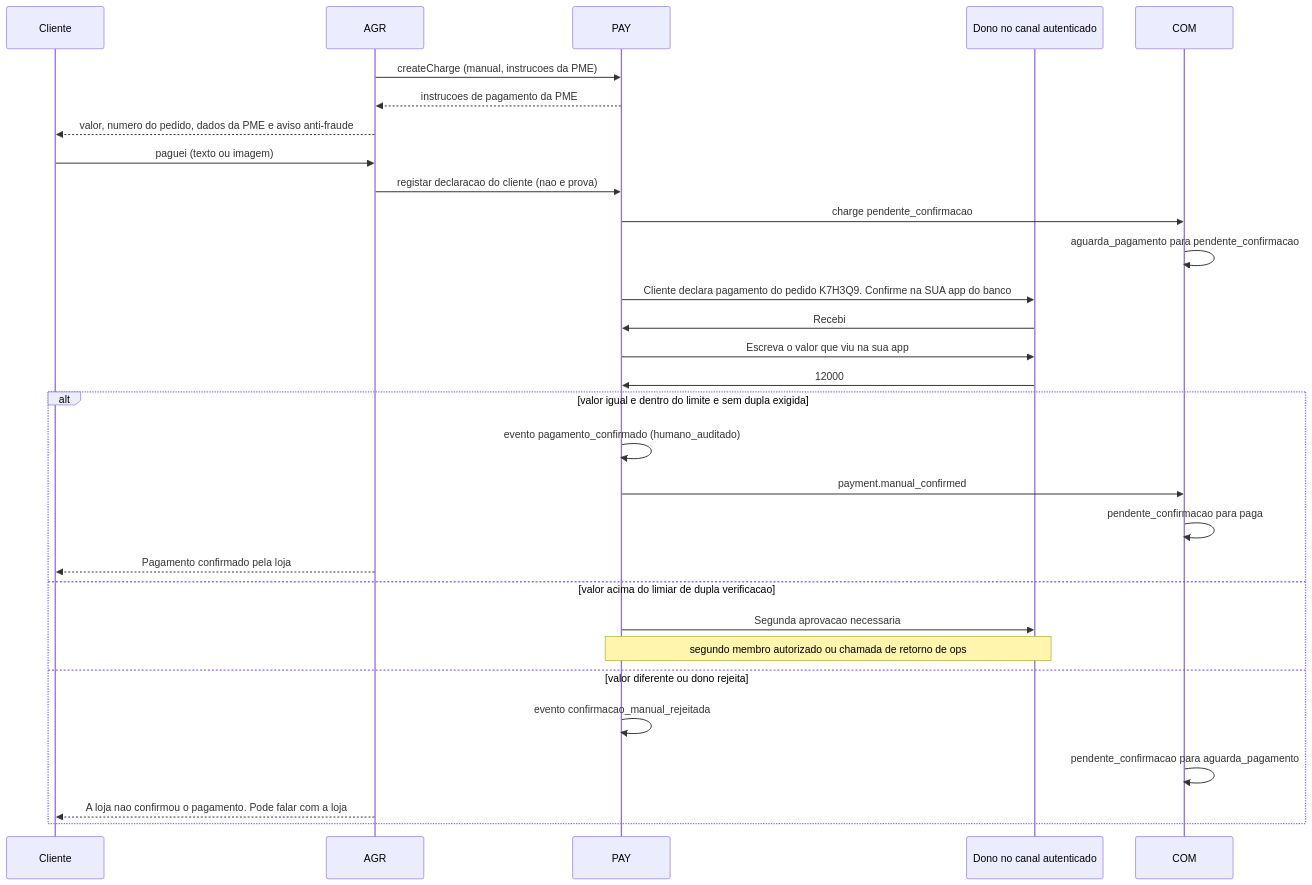
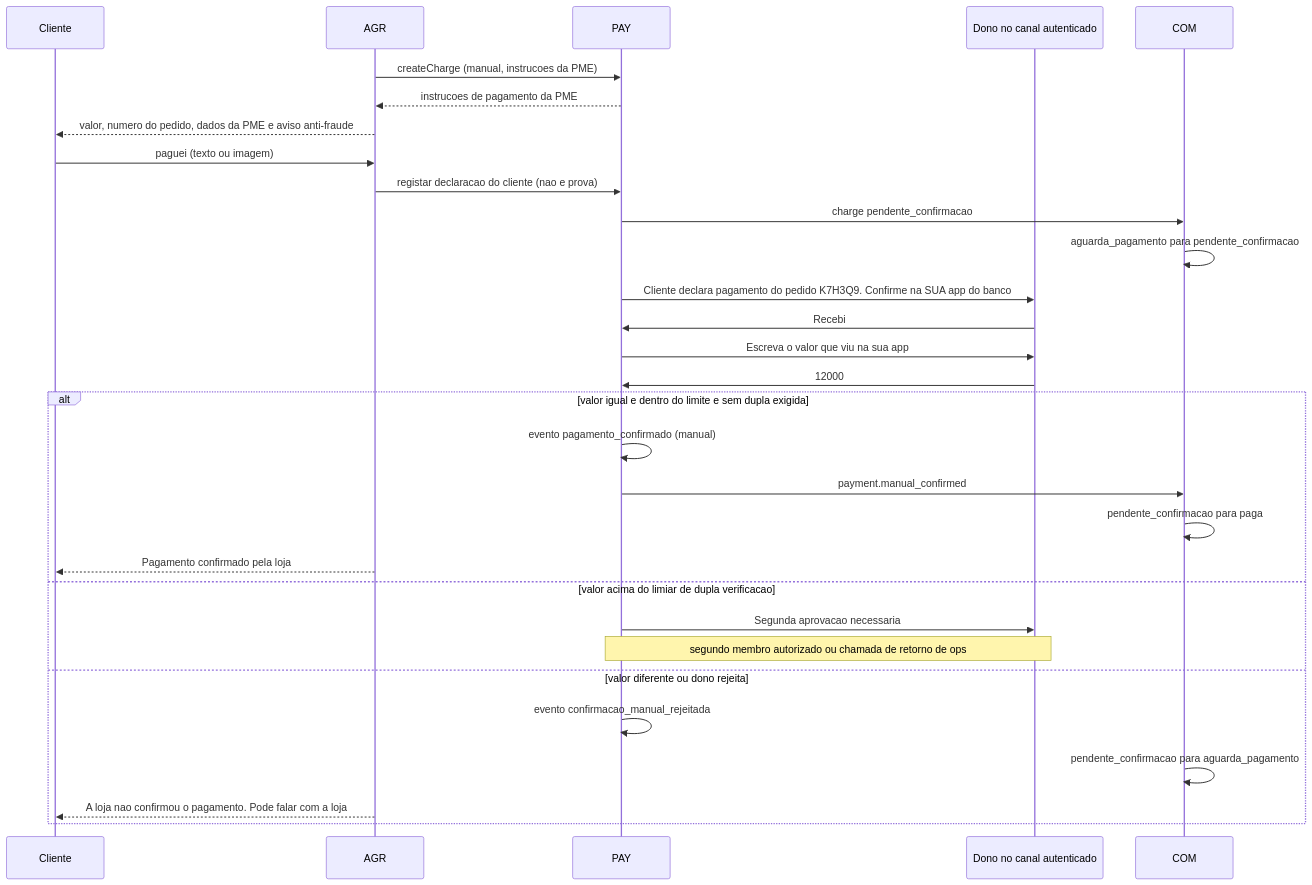
Before and after one commit to albinoJimy/kamba-plataforma: the first of 5 diagrams in docs/tecnica/04_Pagamentos_Liquidacao_AntiFraude.md, drawn with Mermaid. The commit also changed other lines of this file and 5 other files, not shown here.

````diff
--- a/docs/tecnica/04_Pagamentos_Liquidacao_AntiFraude.md
+++ b/docs/tecnica/04_Pagamentos_Liquidacao_AntiFraude.md
@@ -151,32 +151,32 @@
 ```mermaid
 sequenceDiagram
     participant C as Cliente
     participant A as AGR
     participant P as PAY
     participant D as Dono no canal autenticado
     participant K as COM
     A->>P: createCharge (manual, instrucoes da PME)
     P-->>A: instrucoes de pagamento da PME
     A-->>C: valor, numero do pedido, dados da PME e aviso anti-fraude
     C->>A: paguei (texto ou imagem)
     A->>P: registar declaracao do cliente (nao e prova)
     P->>K: charge pendente_confirmacao
     K->>K: aguarda_pagamento para pendente_confirmacao
     P->>D: Cliente declara pagamento do pedido K7H3Q9. Confirme na SUA app do banco
     D->>P: Recebi
     P->>D: Escreva o valor que viu na sua app
     D->>P: 12000
     alt valor igual e dentro do limite e sem dupla exigida
-        P->>P: evento pagamento_confirmado (humano_auditado)
+        P->>P: evento pagamento_confirmado (manual)
         P->>K: payment.manual_confirmed
         K->>K: pendente_confirmacao para paga
         A-->>C: Pagamento confirmado pela loja
     else valor acima do limiar de dupla verificacao
         P->>D: Segunda aprovacao necessaria
         Note over P,D: segundo membro autorizado ou chamada de retorno de ops
     else valor diferente ou dono rejeita
         P->>P: evento confirmacao_manual_rejeitada
         K->>K: pendente_confirmacao para aguarda_pagamento
         A-->>C: A loja nao confirmou o pagamento. Pode falar com a loja
     end
 ```
````
